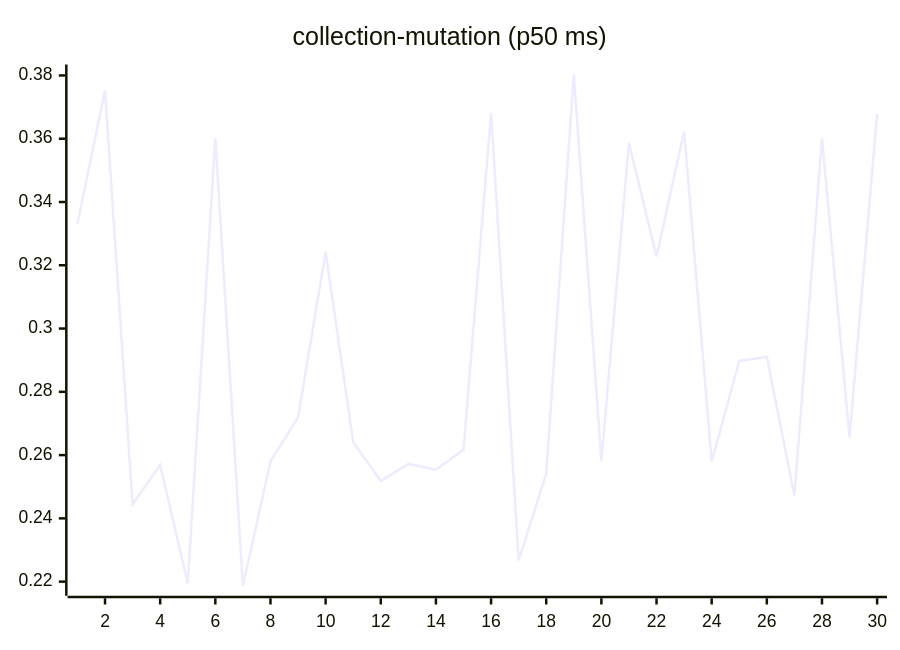
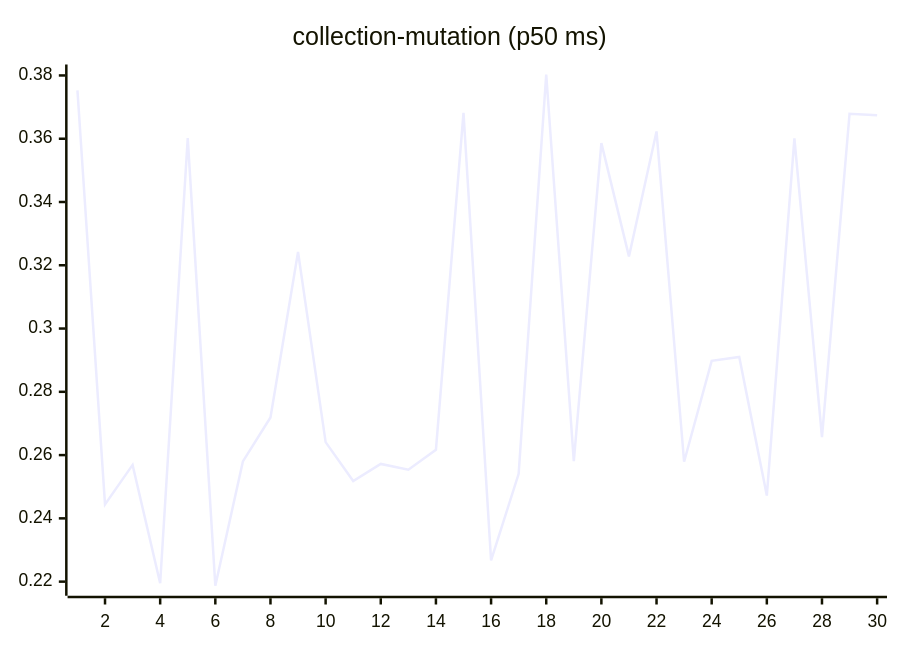
One commit to josha/Facet changed the sixth of 27 diagrams in README.md. Above: the diagram before and after it, drawn with Mermaid. The commit also changed other lines of this file and 2 other files, not shown here.

````diff
--- a/README.md
+++ b/README.md
@@ -98,6 +98,6 @@
 ```mermaid
 xychart-beta
     title "collection-mutation (p50 ms)"
     x-axis 1 --> 30
-    line [0.3331, 0.3753, 0.2444, 0.2569, 0.2195, 0.3602, 0.2187, 0.2580, 0.2719, 0.3242, 0.2641, 0.2518, 0.2572, 0.2554, 0.2617, 0.3682, 0.2267, 0.2541, 0.3803, 0.2581, 0.3586, 0.3228, 0.3623, 0.2579, 0.2898, 0.2910, 0.2472, 0.3601, 0.2657, 0.3679]
+    line [0.3753, 0.2444, 0.2569, 0.2195, 0.3602, 0.2187, 0.2580, 0.2719, 0.3242, 0.2641, 0.2518, 0.2572, 0.2554, 0.2617, 0.3682, 0.2267, 0.2541, 0.3803, 0.2581, 0.3586, 0.3228, 0.3623, 0.2579, 0.2898, 0.2910, 0.2472, 0.3601, 0.2657, 0.3679, 0.3674]
 ```
````
